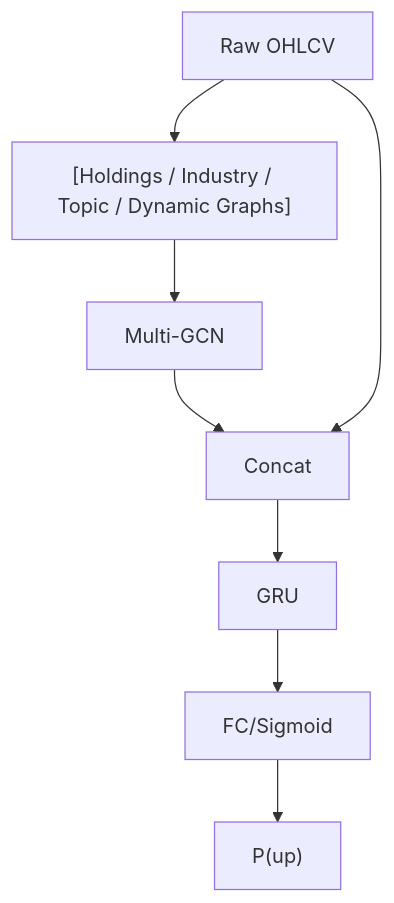
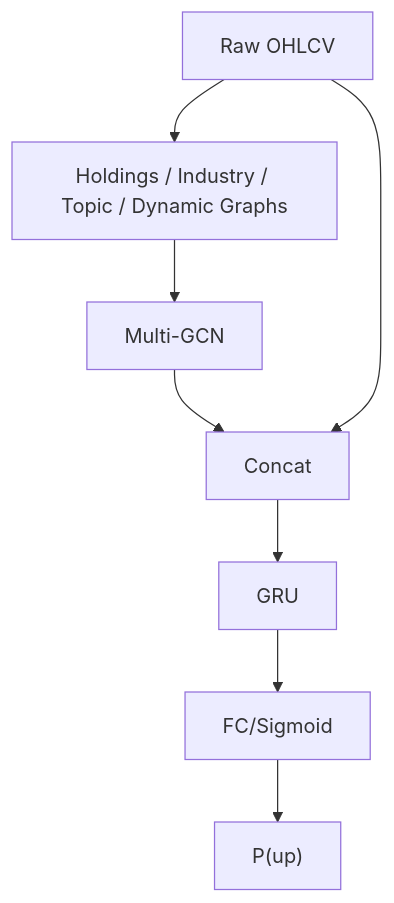
One commit to sou350121/Trading-Handbook changed the diagram in foundations/graph-networks/multi-gcgru.md. Above: the diagram before and after it, drawn with Mermaid. The commit also changed 191 other files, not shown here.

First line of the commit message:
render: fix math + mermaid for GitHub across the corpus (188 pages)

````diff
--- a/foundations/graph-networks/multi-gcgru.md
+++ b/foundations/graph-networks/multi-gcgru.md
@@ -29,10 +29,10 @@
 ```mermaid
 flowchart TD
-    A["Raw OHLCV"] --> B["[Holdings / Industry / Topic / Dynamic Graphs]"]
+    A["Raw OHLCV"] --> B["Holdings / Industry / Topic / Dynamic Graphs"]
     B --> C["Multi-GCN"]
     C --> D["Concat"]
     A --> D
     D --> E["GRU"]
     E --> F["FC/Sigmoid"]
     F --> G["P(up)"]
 ```
````
